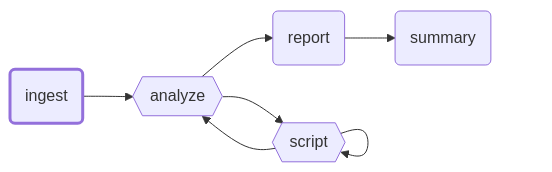
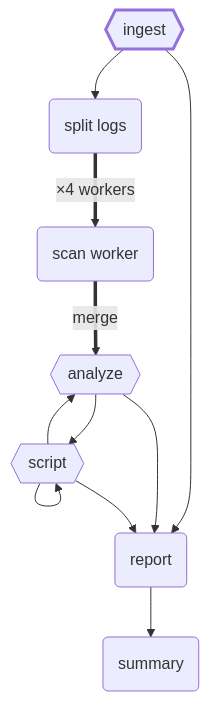
One commit to GEMISIS/leviath changed the diagram in docs/assets/agents/src/log-analyzer.mmd. Above: the diagram before and after it, drawn with Mermaid. The commit also changed 52 other files, not shown here.

```diff
--- a/docs/assets/agents/src/log-analyzer.mmd
+++ b/docs/assets/agents/src/log-analyzer.mmd
@@ -1,14 +1,20 @@
-flowchart LR
-    ingest(ingest)
+flowchart TD
+    ingest{{ingest}}
+    split_logs(split logs)
+    scan_worker(scan worker)
     analyze{{analyze}}
     script{{script}}
     report(report)
     summary(summary)
-    ingest --> analyze
+    ingest --> split_logs
+    ingest --> report
+    split_logs ==>|×4 workers| scan_worker
+    scan_worker ==>|merge| analyze
     analyze --> script
     analyze --> report
     script --> script
     script --> analyze
+    script --> report
     report --> summary
     classDef entry stroke-width:3px
     class ingest entry
```
